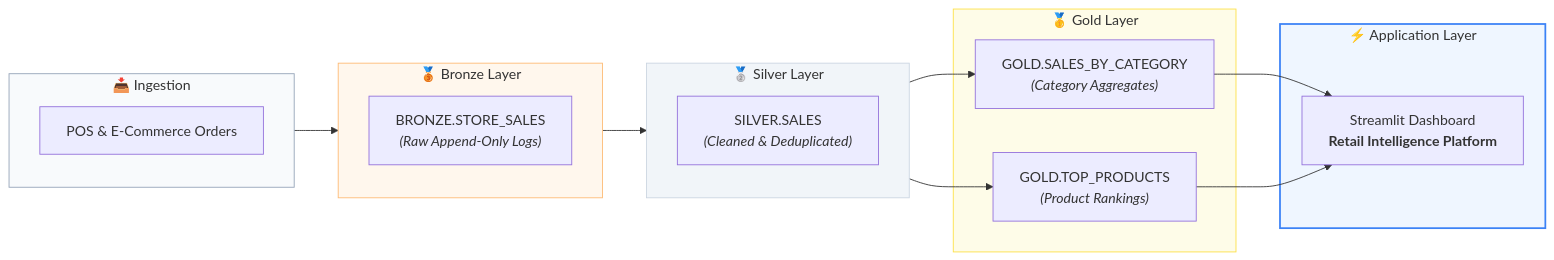
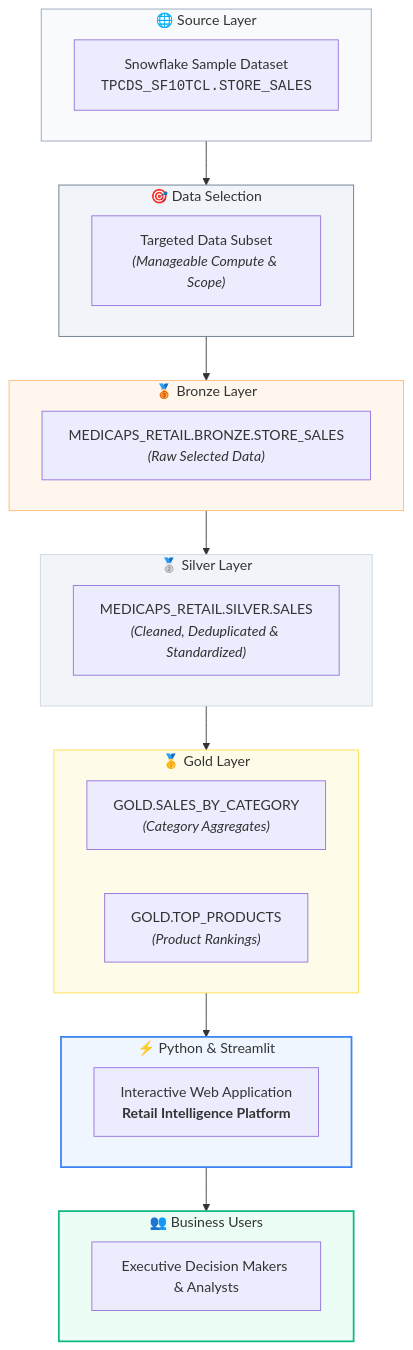
One commit to Gnath3144/retaiil-intelligence changed the first of 2 diagrams in README.md. Above: the diagram before and after it, drawn with Mermaid. The commit also changed other lines of this file and 8 other files, not shown here.

Commit message:
docs: update comprehensive portfolio README with diagrams, SQL layer scripts, and screenshots

````diff
--- a/README.md
+++ b/README.md
@@ -25,36 +28,46 @@
 ```mermaid
-flowchart LR
-    subgraph S["📥 Ingestion"]
-        S1["POS & E-Commerce Orders"]
+flowchart TD
+    subgraph SRC["🌐 Source Layer"]
+        S1["Snowflake Sample Dataset<br/><code>TPCDS_SF10TCL.STORE_SALES</code>"]
     end
 
-    subgraph B["🥉 Bronze Layer"]
-        B1["BRONZE.STORE_SALES<br/><i>(Raw Append-Only Logs)</i>"]
+    subgraph SEL["🎯 Data Selection"]
+        S2["Targeted Data Subset<br/><i>(Manageable Compute & Scope)</i>"]
+    end
+
+    subgraph BZ["🥉 Bronze Layer"]
+        B1["MEDICAPS_RETAIL.BRONZE.STORE_SALES<br/><i>(Raw Selected Data)</i>"]
     end
 
     subgraph SV["🥈 Silver Layer"]
-        SV1["SILVER.SALES<br/><i>(Cleaned & Deduplicated)</i>"]
+        SV1["MEDICAPS_RETAIL.SILVER.SALES<br/><i>(Cleaned, Deduplicated & Standardized)</i>"]
     end
 
-    subgraph G["🥇 Gold Layer"]
+    subgraph GD["🥇 Gold Layer"]
         G1["GOLD.SALES_BY_CATEGORY<br/><i>(Category Aggregates)</i>"]
         G2["GOLD.TOP_PRODUCTS<br/><i>(Product Rankings)</i>"]
     end
 
-    subgraph UI["⚡ Application Layer"]
-        APP["Streamlit Dashboard<br/><b>Retail Intelligence Platform</b>"]
+    subgraph APP["⚡ Python & Streamlit"]
+        ST["Interactive Web Application<br/><b>Retail Intelligence Platform</b>"]
     end
 
-    S --> B
-    B --> SV
-    SV --> G1
-    SV --> G2
-    G1 --> APP
-    G2 --> APP
+    subgraph USR["👥 Business Users"]
+        U1["Executive Decision Makers & Analysts"]
+    end
 
-    style S fill:#f8fafc,stroke:#94a3b8,stroke-width:1px
-    style B fill:#fff7ed,stroke:#fdba74,stroke-width:1px
+    SRC --> SEL
+    SEL --> BZ
+    BZ --> SV
+    SV --> GD
+    GD --> APP
+    APP --> USR
+
+    style SRC fill:#f8fafc,stroke:#94a3b8,stroke-width:1px
+    style SEL fill:#f1f5f9,stroke:#64748b,stroke-width:1px
+    style BZ fill:#fff7ed,stroke:#fdba74,stroke-width:1px
     style SV fill:#f1f5f9,stroke:#cbd5e1,stroke-width:1px
-    style G fill:#fefce8,stroke:#fde047,stroke-width:1px
-    style UI fill:#eff6ff,stroke:#3b82f6,stroke-width:2px
+    style GD fill:#fefce8,stroke:#fde047,stroke-width:1px
+    style APP fill:#eff6ff,stroke:#3b82f6,stroke-width:2px
+    style USR fill:#ecfdf5,stroke:#10b981,stroke-width:2px
 ```
````
